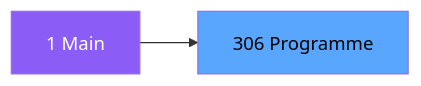
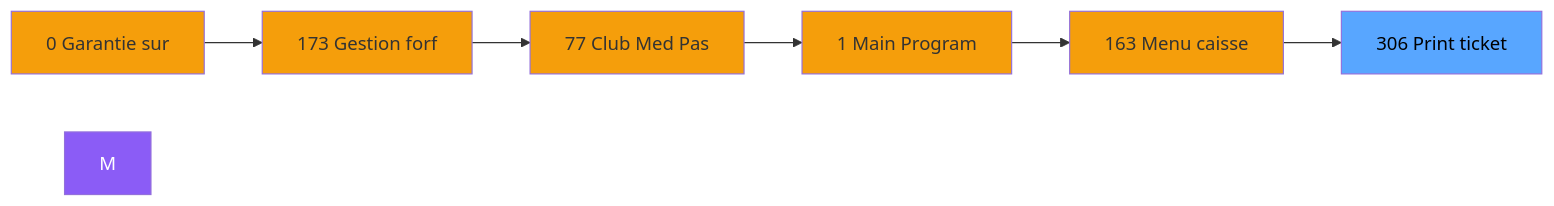
Before and after one commit to thonyAGP/magic-migration: the second of 3 diagrams in .openspec/specs/ADH-IDE-306.md, drawn with Mermaid. The commit also changed other lines of this file and 323 other files, not shown here.

````diff
--- a/.openspec/specs/ADH-IDE-306.md
+++ b/.openspec/specs/ADH-IDE-306.md
@@ -104,8 +119,21 @@
 ```mermaid
 graph LR
-    M[1 Main]
-    T[306 Programme]
-    M --> T
+    N0[0 Garantie sur]
+    N173[173 Gestion forf]
+    N77[77 Club Med Pas]
+    N1[1 Main Program]
+    N163[163 Menu caisse ]
+    T[306 Print ticket]
+    N0 --> N173
+    N173 --> N77
+    N77 --> N1
+    N1 --> N163
+    N163 --> T
     style M fill:#8b5cf6,color:#fff
+    style N0 fill:#f59e0b
+    style N173 fill:#f59e0b
+    style N77 fill:#f59e0b
+    style N1 fill:#f59e0b
+    style N163 fill:#f59e0b
     style T fill:#58a6ff,color:#000
 ```
````
